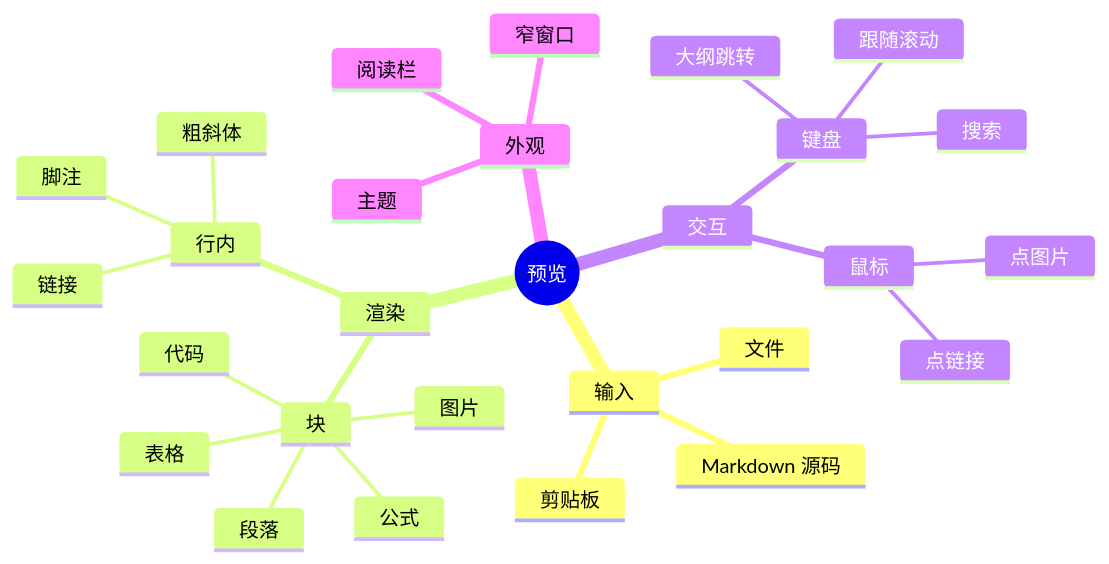
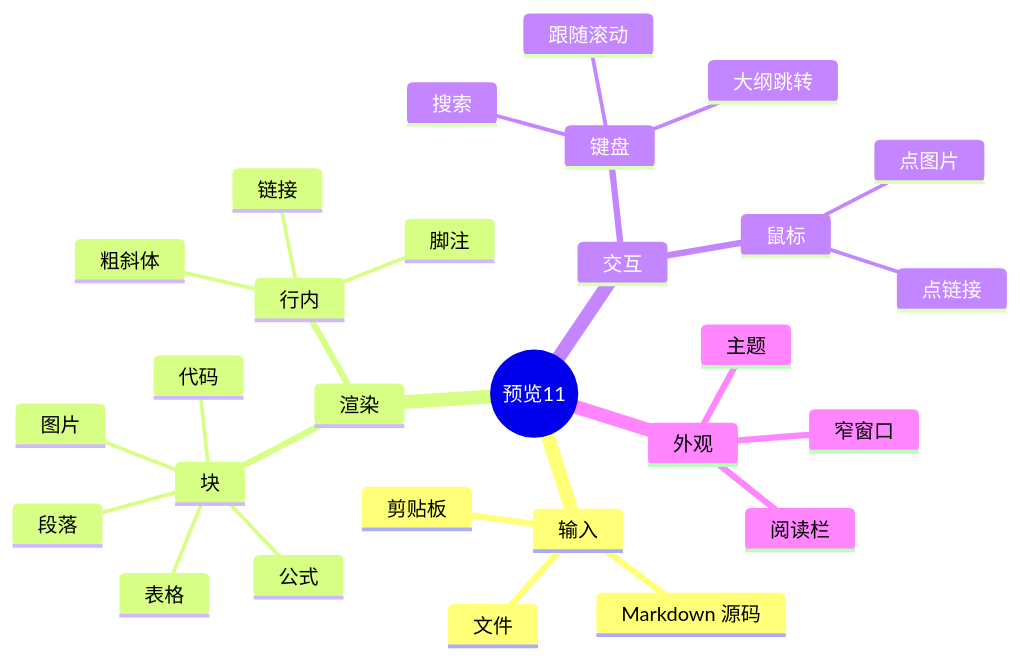
Before and after one commit to emacs-taf/etaf-md: diagram 11 of 16 in examples/mermaid-diagrams.markdown, drawn with Mermaid. The commit also changed other lines of this file and 3 other files, not shown here.

First line of the commit message:
fix(typeset): draw the first diagram with the reader's face

````diff
--- a/examples/mermaid-diagrams.markdown
+++ b/examples/mermaid-diagrams.markdown
@@ -239,31 +239,31 @@
 ```mermaid
 mindmap
-  root((预览))
+  root((预览11))
     输入
       文件
       Markdown 源码
       剪贴板
     渲染
       块
         段落
         代码
         表格
         公式
         图片
       行内
         粗斜体
         链接
         脚注
     交互
       键盘
         搜索
         大纲跳转
         跟随滚动
       鼠标
         点链接
         点图片
     外观
       主题
       阅读栏
       窄窗口
 ```
````
